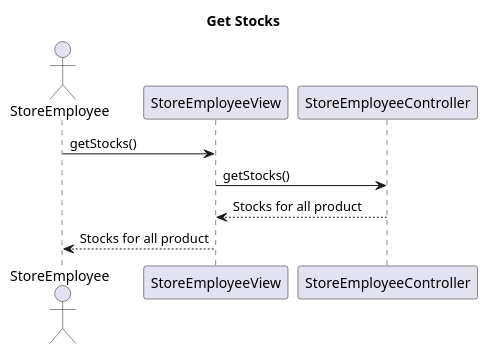
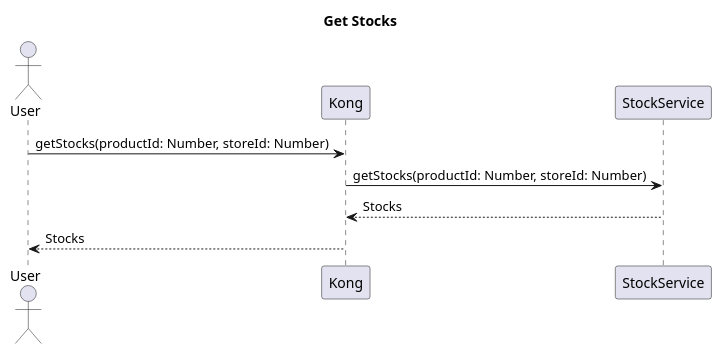
One commit to ThePhobosDeimosSuite/laboratoire-0_log430 changed the diagram in docs/UML/process/stocks/get-stocks.puml. Above: the diagram before and after it, drawn with PlantUML. The commit also changed 21 other files, not shown here.

```diff
--- a/docs/UML/process/stocks/get-stocks.puml
+++ b/docs/UML/process/stocks/get-stocks.puml
@@ -1,9 +1,9 @@
 @startuml get-stocks
 title Get Stocks
-actor StoreEmployee
+actor User
 
-StoreEmployee -> StoreEmployeeView : getStocks()
-StoreEmployeeView -> StoreEmployeeController : getStocks()
-StoreEmployeeController --> StoreEmployeeView : Stocks for all product
-StoreEmployeeView --> StoreEmployee : Stocks for all product
+User -> Kong : getStocks(productId: Number, storeId: Number)
+Kong -> StockService : getStocks(productId: Number, storeId: Number)
+StockService --> Kong : Stocks
+Kong --> User : Stocks
 @enduml
```
